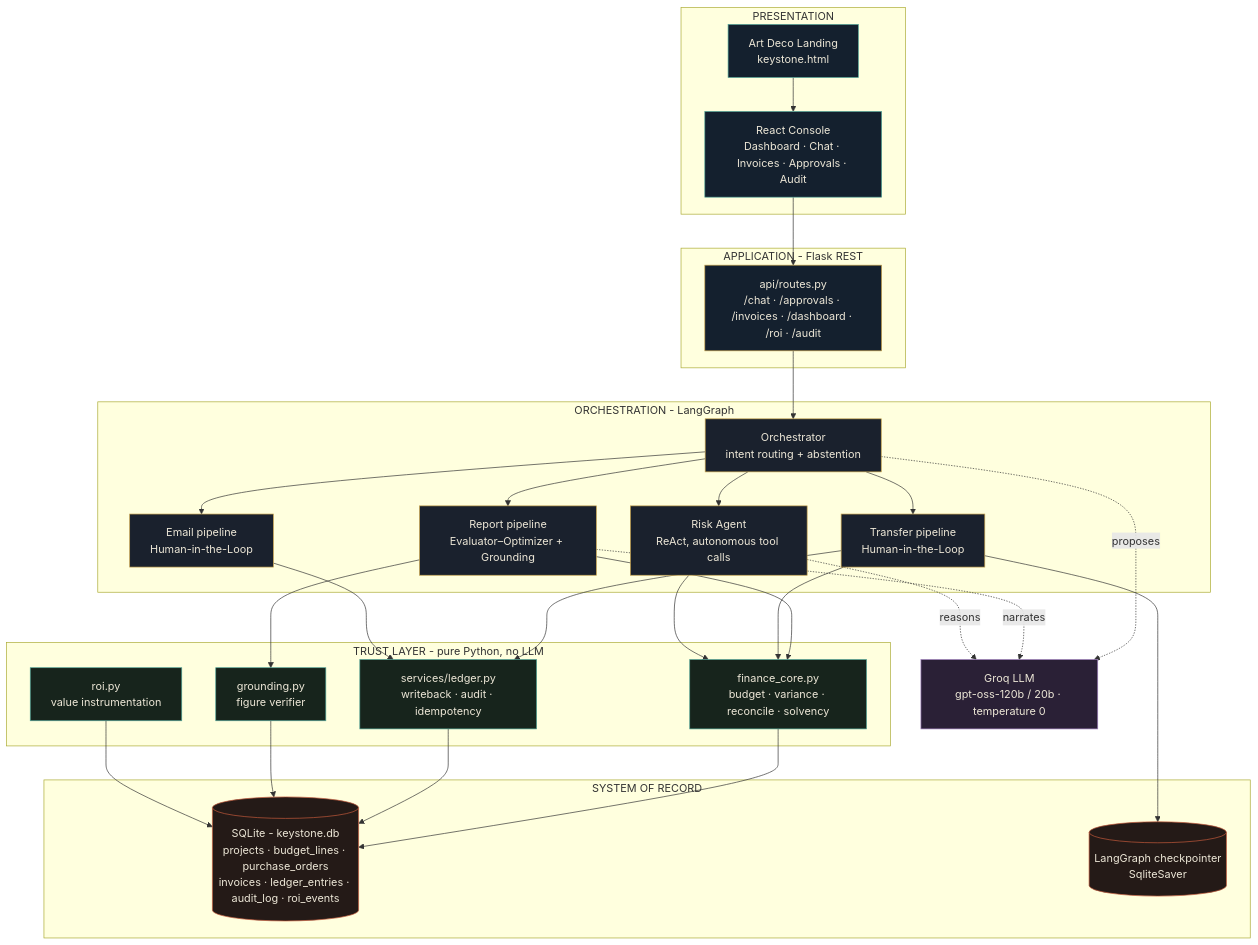
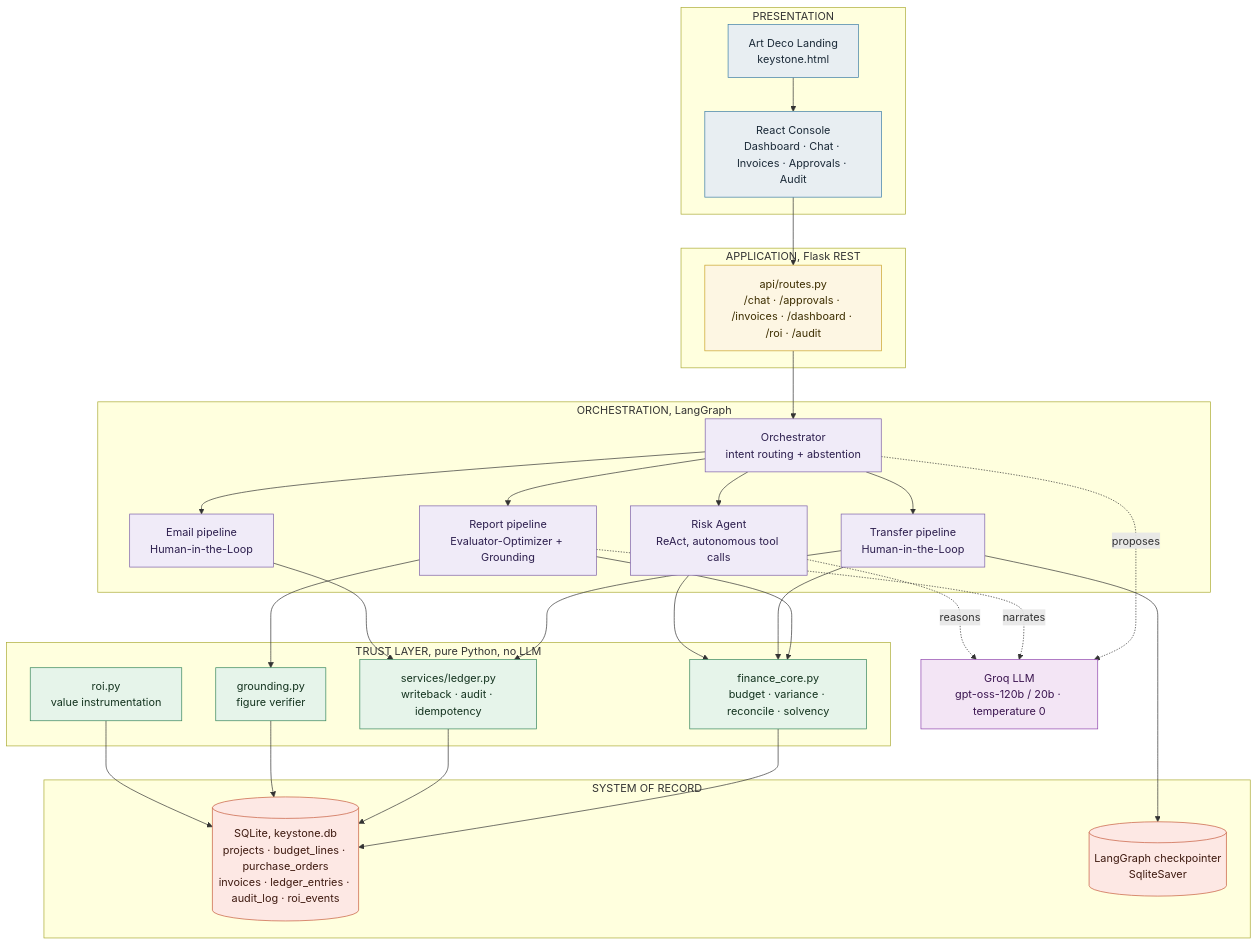
One commit to SuraSammour12/keystone-construction-ai-command-center changed the first of 3 diagrams in README.md. Above: the diagram before and after it, drawn with Mermaid. The commit also changed other lines of this file, not shown here.

````diff
--- a/README.md
+++ b/README.md
@@ -99,56 +99,56 @@
 ```mermaid
 flowchart TB
     subgraph Client["PRESENTATION"]
         LP["Art Deco Landing<br/>keystone.html"]
         UI["React Console<br/>Dashboard · Chat · Invoices · Approvals · Audit"]
     end
-    subgraph App["APPLICATION - Flask REST"]
+    subgraph App["APPLICATION, Flask REST"]
         R["api/routes.py<br/>/chat · /approvals · /invoices · /dashboard · /roi · /audit"]
     end
-    subgraph Brain["ORCHESTRATION - LangGraph"]
+    subgraph Brain["ORCHESTRATION, LangGraph"]
         ORC["Orchestrator<br/>intent routing + abstention"]
-        RPT["Report pipeline<br/>Evaluator–Optimizer + Grounding"]
+        RPT["Report pipeline<br/>Evaluator-Optimizer + Grounding"]
         TRF["Transfer pipeline<br/>Human-in-the-Loop"]
         EML["Email pipeline<br/>Human-in-the-Loop"]
         RISK["Risk Agent<br/>ReAct, autonomous tool calls"]
     end
-    subgraph Trust["TRUST LAYER - pure Python, no LLM"]
+    subgraph Trust["TRUST LAYER, pure Python, no LLM"]
         FC["finance_core.py<br/>budget · variance · reconcile · solvency"]
         GR["grounding.py<br/>figure verifier"]
         LED["services/ledger.py<br/>writeback · audit · idempotency"]
         ROIc["roi.py<br/>value instrumentation"]
     end
     subgraph Store["SYSTEM OF RECORD"]
-        DB[("SQLite - keystone.db<br/>projects · budget_lines · purchase_orders<br/>invoices · ledger_entries · audit_log · roi_events")]
+        DB[("SQLite, keystone.db<br/>projects · budget_lines · purchase_orders<br/>invoices · ledger_entries · audit_log · roi_events")]
         CP[("LangGraph checkpointer<br/>SqliteSaver")]
     end
     LLM["Groq LLM<br/>gpt-oss-120b / 20b · temperature 0"]
 
     LP --> UI --> R --> ORC
     ORC --> RPT & TRF & EML & RISK
     RPT --> FC & GR
     TRF --> FC & LED
     EML --> LED
     RISK --> FC
     FC --> DB
     LED --> DB
     GR --> DB
     ROIc --> DB
     TRF --> CP
     ORC -. proposes .-> LLM
     RPT -. narrates .-> LLM
     RISK -. reasons .-> LLM
 
-    classDef pres fill:#14202E,stroke:#4FA396,color:#ECE6D6
-    classDef app fill:#14202E,stroke:#C7A24C,color:#ECE6D6
-    classDef brain fill:#1A212D,stroke:#C7A24C,color:#ECE6D6
-    classDef trust fill:#17241C,stroke:#4FA396,color:#ECE6D6
-    classDef store fill:#241A17,stroke:#C65A3C,color:#ECE6D6
-    classDef llm fill:#2A2036,stroke:#9B7BB8,color:#ECE6D6
+    classDef pres fill:#E8EEF2,stroke:#3A7CA5,color:#1B2A38
+    classDef app fill:#FDF6E3,stroke:#C9A227,color:#3D2E00
+    classDef brain fill:#F0EBF8,stroke:#7B5EA7,color:#2D1F4E
+    classDef trust fill:#E6F4EA,stroke:#34855A,color:#14331F
+    classDef store fill:#FDE8E4,stroke:#C65A3C,color:#3E1A10
+    classDef llm fill:#F3E5F5,stroke:#8E44AD,color:#3B1550
     class LP,UI pres
     class R app
     class ORC,RPT,TRF,EML,RISK brain
     class FC,GR,LED,ROIc trust
     class DB,CP store
     class LLM llm
 ```
````
